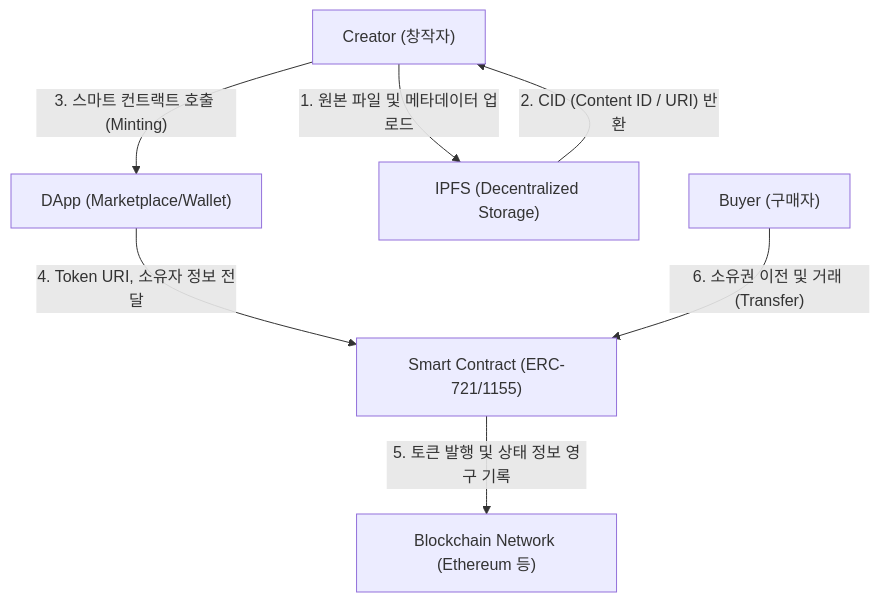
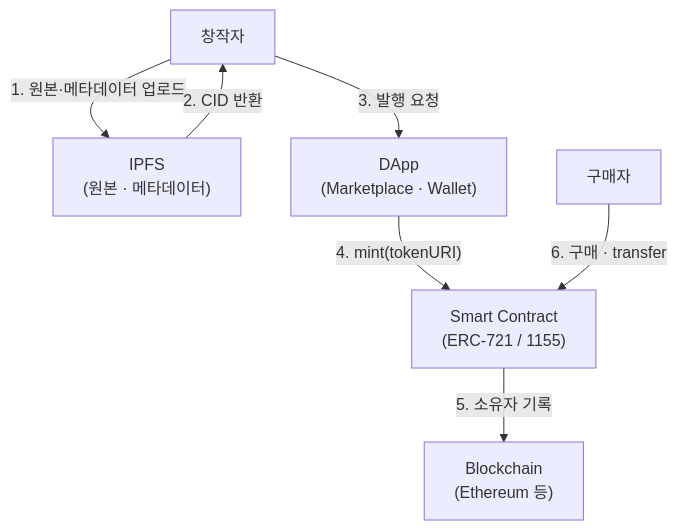
Before and after one commit to supremethumb/supremethumb.github.io: the diagram in content/01_IT Tech/NFT (Non Fungible Token).md, drawn with Mermaid. The commit also changed other lines of this file and 1087 other files, not shown here.

````diff
--- a/content/01_IT Tech/NFT (Non Fungible Token).md
+++ b/content/01_IT Tech/NFT (Non Fungible Token).md
@@ -30,17 +36,16 @@
 ```mermaid
 flowchart TD
-    Creator["Creator (창작자)"]
-    DApp["DApp (Marketplace/Wallet)"]
-    SC["Smart Contract (ERC-721/1155)"]
-    IPFS["IPFS (Decentralized Storage)"]
-    Chain["Blockchain Network (Ethereum 등)"]
-    Buyer["Buyer (구매자)"]
+    Creator["창작자"]
+    IPFS["IPFS<br/>(원본 · 메타데이터)"]
+    DApp["DApp<br/>(Marketplace · Wallet)"]
+    SC["Smart Contract<br/>(ERC-721 / 1155)"]
+    Chain["Blockchain<br/>(Ethereum 등)"]
+    Buyer["구매자"]
 
-    Creator -- "1. 원본 파일 및 메타데이터 업로드" --> IPFS
-    IPFS -- "2. CID (Content ID / URI) 반환" --> Creator
-    Creator -- "3. 스마트 컨트랙트 호출 (Minting)" --> DApp
-    DApp -- "4. Token URI, 소유자 정보 전달" --> SC
-    SC -- "5. 토큰 발행 및 상태 정보 영구 기록" --> Chain
-    Buyer -- "6. 소유권 이전 및 거래 (Transfer)" --> SC
-
+    Creator -->|"1. 원본·메타데이터 업로드"| IPFS
+    IPFS -->|"2. CID 반환"| Creator
+    Creator -->|"3. 발행 요청"| DApp
+    DApp -->|"4. mint(tokenURI)"| SC
+    SC -->|"5. 소유자 기록"| Chain
+    Buyer -->|"6. 구매 · transfer"| SC
 ```
````
